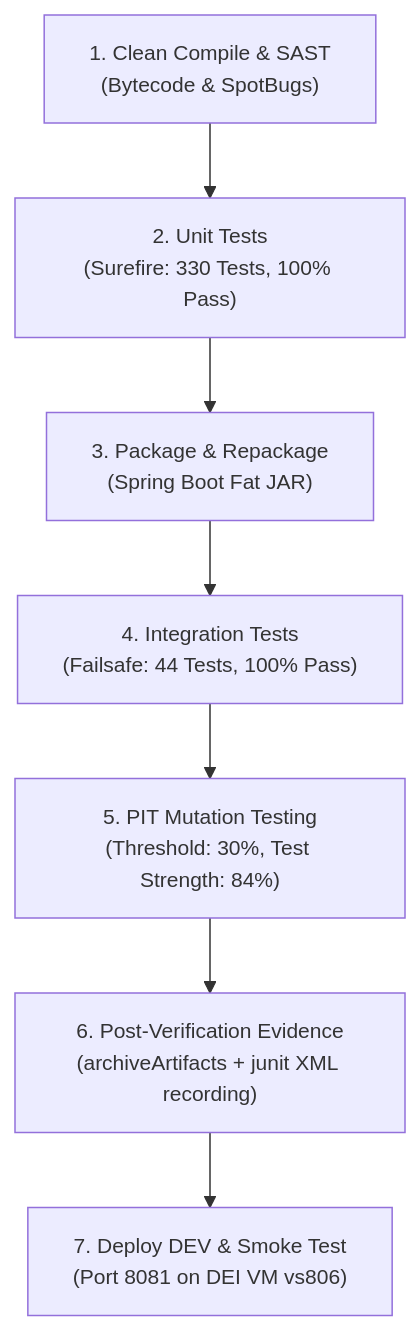
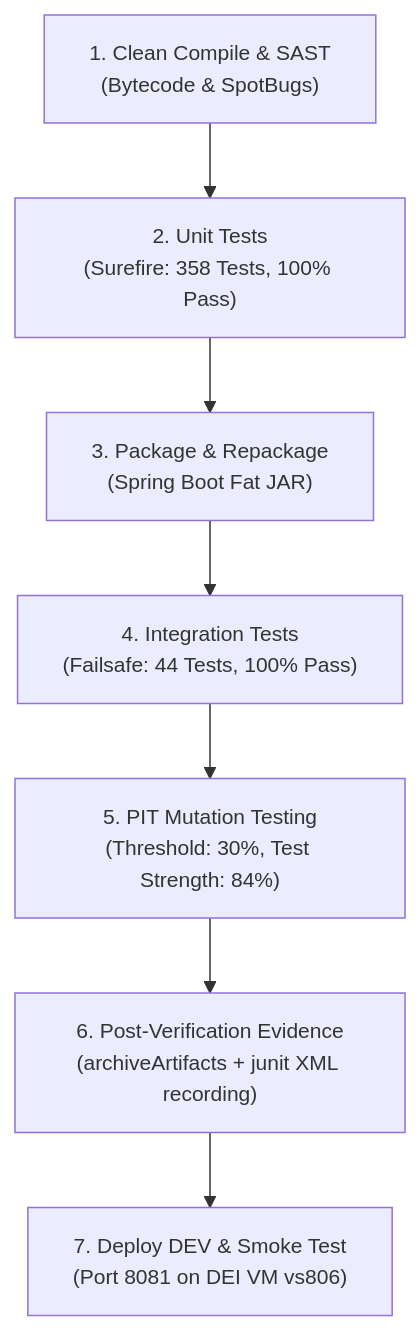
The diagram in Docs/ODSOFT/pipeline/ci-testing-coverage-and-quality-gates.md (RafaelBrandao04/psoft-project-2026-1), drawn with Mermaid before and after one commit. The commit also changed other lines of this file and 7 other files, not shown here.

````diff
--- a/Docs/ODSOFT/pipeline/ci-testing-coverage-and-quality-gates.md
+++ b/Docs/ODSOFT/pipeline/ci-testing-coverage-and-quality-gates.md
@@ -17,10 +17,10 @@
 ```mermaid
 %%{init: {'themeVariables': { 'fontSize': '14px' }, 'flowchart': { 'subGraphTitleMargin': { 'top': 15, 'bottom': 20 } } } }%%
 flowchart TD
-    COMPILE["1. Clean Compile & SAST<br/>(Bytecode & SpotBugs)"] --> UNIT["2. Unit Tests<br/>(Surefire: 330 Tests, 100% Pass)"]
+    COMPILE["1. Clean Compile & SAST<br/>(Bytecode & SpotBugs)"] --> UNIT["2. Unit Tests<br/>(Surefire: 358 Tests, 100% Pass)"]
     UNIT --> PKG["3. Package & Repackage<br/>(Spring Boot Fat JAR)"]
     PKG --> IT["4. Integration Tests<br/>(Failsafe: 44 Tests, 100% Pass)"]
     IT --> PIT["5. PIT Mutation Testing<br/>(Threshold: 30%, Test Strength: 84%)"]
     PIT --> POST["6. Post-Verification Evidence<br/>(archiveArtifacts + junit XML recording)"]
     POST --> DEV["7. Deploy DEV & Smoke Test<br/>(Port 8081 on DEI VM vs806)"]
 ```
````
